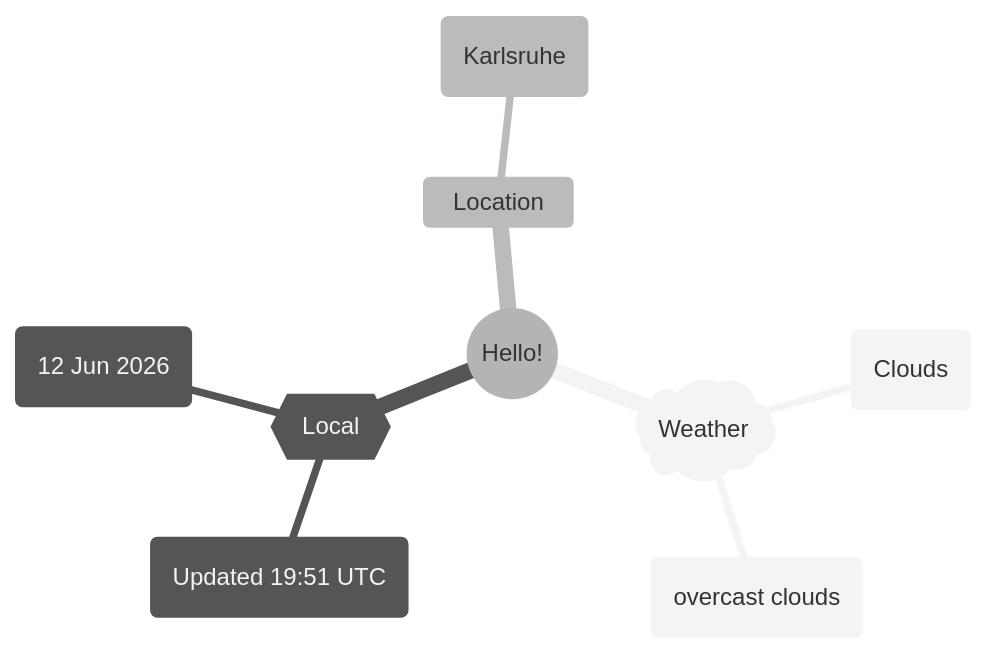
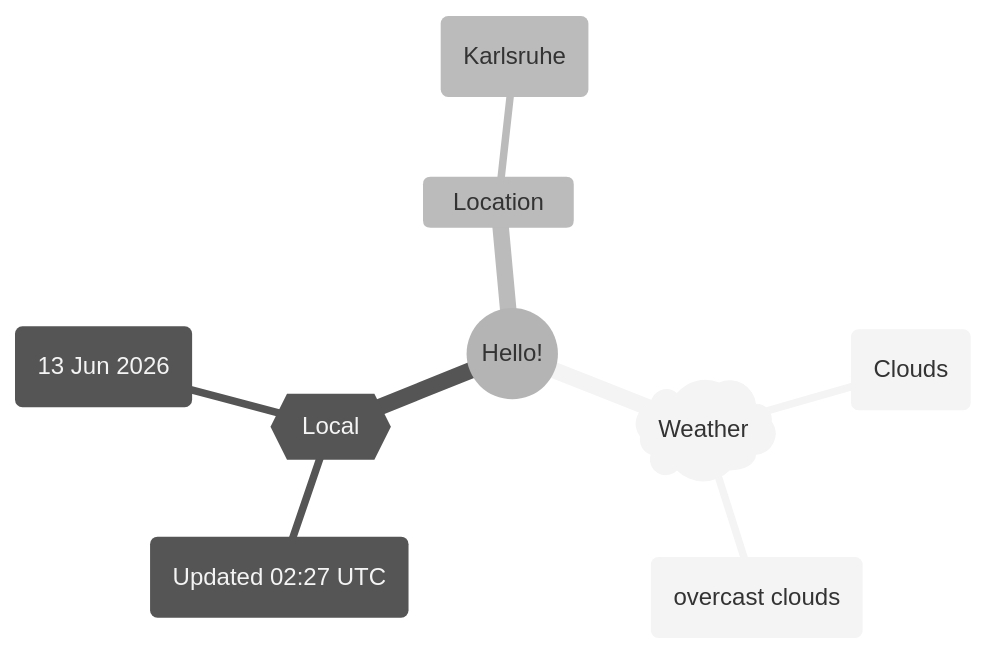
One commit to Xosrov/Xosrov changed the first of 2 diagrams in README.md. Above: the diagram before and after it, drawn with Mermaid (neutral theme).

Commit message:
[bot] updated images

````diff
--- a/README.md
+++ b/README.md
@@ -3,12 +3,12 @@
 ```mermaid
 mindmap
   root((Hello!))
     )Weather(
         (Clouds)
         (overcast clouds)
     {{Local}}
-        (Updated 19:51 UTC)
-        (12 Jun 2026)
+        (Updated 02:27 UTC)
+        (13 Jun 2026)
     Location
         (Karlsruhe)
 ```
````
